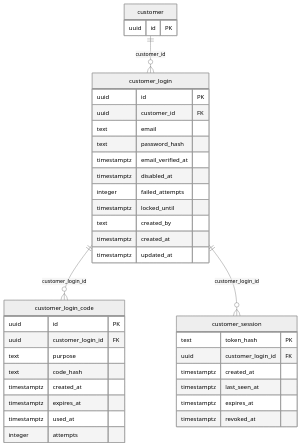
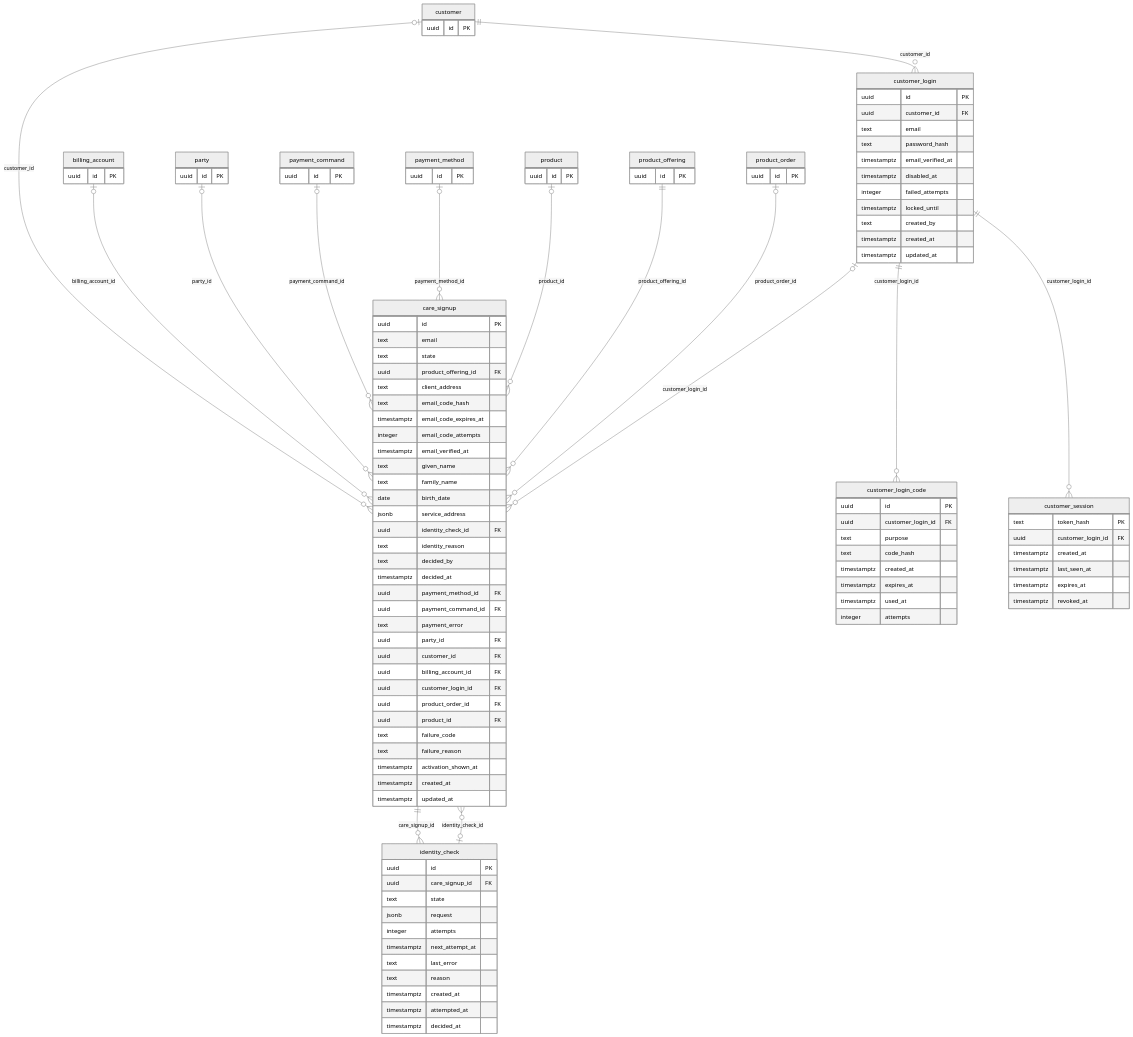
One commit to altharmz/bss changed diagram 12 of 14 in docs/db/README.md. Above: the diagram before and after it, drawn with Mermaid (neutral theme). The commit also changed other lines of this file and 43 other files, not shown here.

First line of the commit message:
Online signup: email code, identity check, first payment and eSIM activation (Fixes #377) (#415)

````diff
--- a/docs/db/README.md
+++ b/docs/db/README.md
@@ -1865,10 +1880,88 @@
     timestamptz used_at
     integer attempts
   }
+  care_signup {
+    uuid id PK
+    text email
+    text state
+    uuid product_offering_id FK
+    text client_address
+    text email_code_hash
+    timestamptz email_code_expires_at
+    integer email_code_attempts
+    timestamptz email_verified_at
+    text given_name
+    text family_name
+    date birth_date
+    jsonb service_address
+    uuid identity_check_id FK
+    text identity_reason
+    text decided_by
+    timestamptz decided_at
+    uuid payment_method_id FK
+    uuid payment_command_id FK
+    text payment_error
+    uuid party_id FK
+    uuid customer_id FK
+    uuid billing_account_id FK
+    uuid customer_login_id FK
+    uuid product_order_id FK
+    uuid product_id FK
+    text failure_code
+    text failure_reason
+    timestamptz activation_shown_at
+    timestamptz created_at
+    timestamptz updated_at
+  }
+  identity_check {
+    uuid id PK
+    uuid care_signup_id FK
+    text state
+    jsonb request
+    integer attempts
+    timestamptz next_attempt_at
+    text last_error
+    text reason
+    timestamptz created_at
+    timestamptz attempted_at
+    timestamptz decided_at
+  }
   customer {
     uuid id PK
   }
+  billing_account {
+    uuid id PK
+  }
+  party {
+    uuid id PK
+  }
+  payment_command {
+    uuid id PK
+  }
+  payment_method {
+    uuid id PK
+  }
+  product {
+    uuid id PK
+  }
+  product_offering {
+    uuid id PK
+  }
+  product_order {
+    uuid id PK
+  }
+  billing_account |o--o{ care_signup : "billing_account_id"
+  care_signup ||--o{ identity_check : "care_signup_id"
+  customer |o--o{ care_signup : "customer_id"
   customer ||--o{ customer_login : "customer_id"
+  customer_login |o--o{ care_signup : "customer_login_id"
   customer_login ||--o{ customer_login_code : "customer_login_id"
   customer_login ||--o{ customer_session : "customer_login_id"
+  identity_check |o--o{ care_signup : "identity_check_id"
+  party |o--o{ care_signup : "party_id"
+  payment_command |o--o{ care_signup : "payment_command_id"
+  payment_method |o--o{ care_signup : "payment_method_id"
+  product |o--o{ care_signup : "product_id"
+  product_offering ||--o{ care_signup : "product_offering_id"
+  product_order |o--o{ care_signup : "product_order_id"
 ```
````
